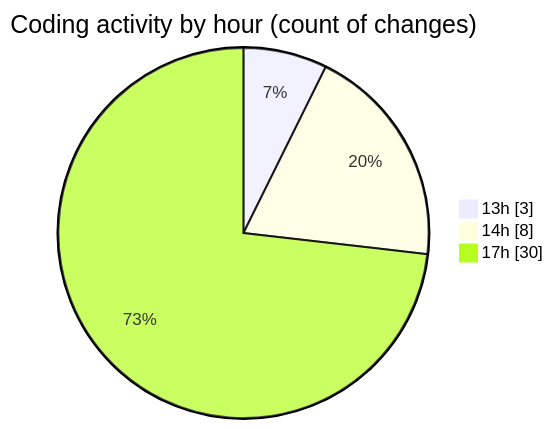
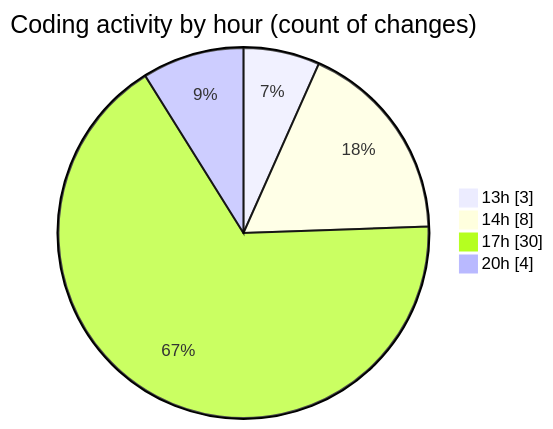
One commit to NitaiMahat/code-tracking changed the second of 2 diagrams in 2025-02-04/recipe-page-main/README.md. Above: the diagram before and after it, drawn with Mermaid. The commit also changed other lines of this file and 1 other file, not shown here.

````diff
--- a/2025-02-04/recipe-page-main/README.md
+++ b/2025-02-04/recipe-page-main/README.md
@@ -30,7 +30,8 @@
 ```mermaid
 pie showData
 title Coding activity by hour (count of changes)
 "13h" : 3
 "14h" : 8
 "17h" : 30
+"20h" : 4
 ```
````
